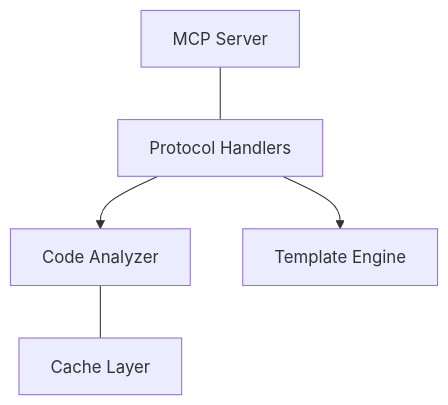
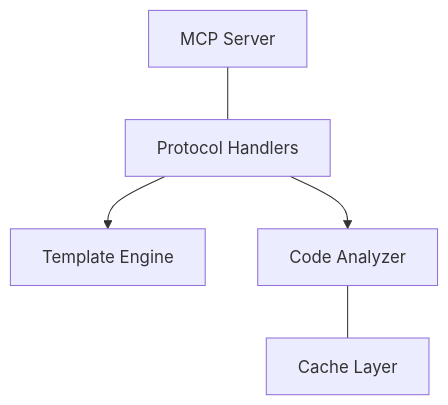
The first of 4 diagrams in artifacts/mermaid/README.md (paiml/paiml-mcp-agent-toolkit), drawn with Mermaid before and after one commit. The commit also changed other lines of this file and 30 other files, not shown here.

````diff
--- a/artifacts/mermaid/README.md
+++ b/artifacts/mermaid/README.md
@@ -23,13 +23,13 @@
 ```mermaid
 graph TD
+    handlers[Protocol Handlers]
+    mcp_server[MCP Server]
+    cache[Cache Layer]
+    templates[Template Engine]
     analyzer[Code Analyzer]
-    mcp_server[MCP Server]
-    templates[Template Engine]
-    cache[Cache Layer]
-    handlers[Protocol Handlers]
 
     mcp_server --- handlers
     handlers --> analyzer
     handlers --> templates
     analyzer --- cache
 ```
````
